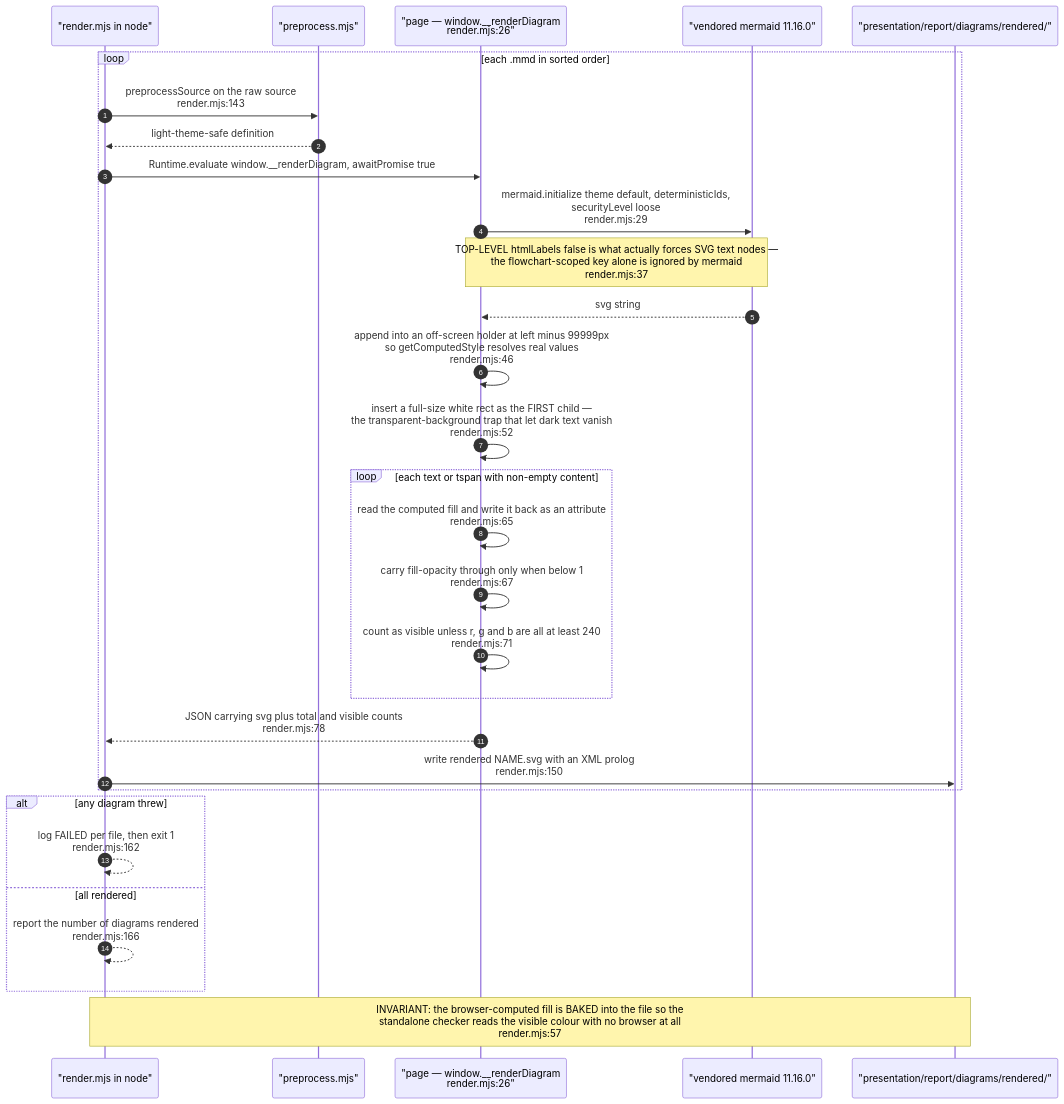
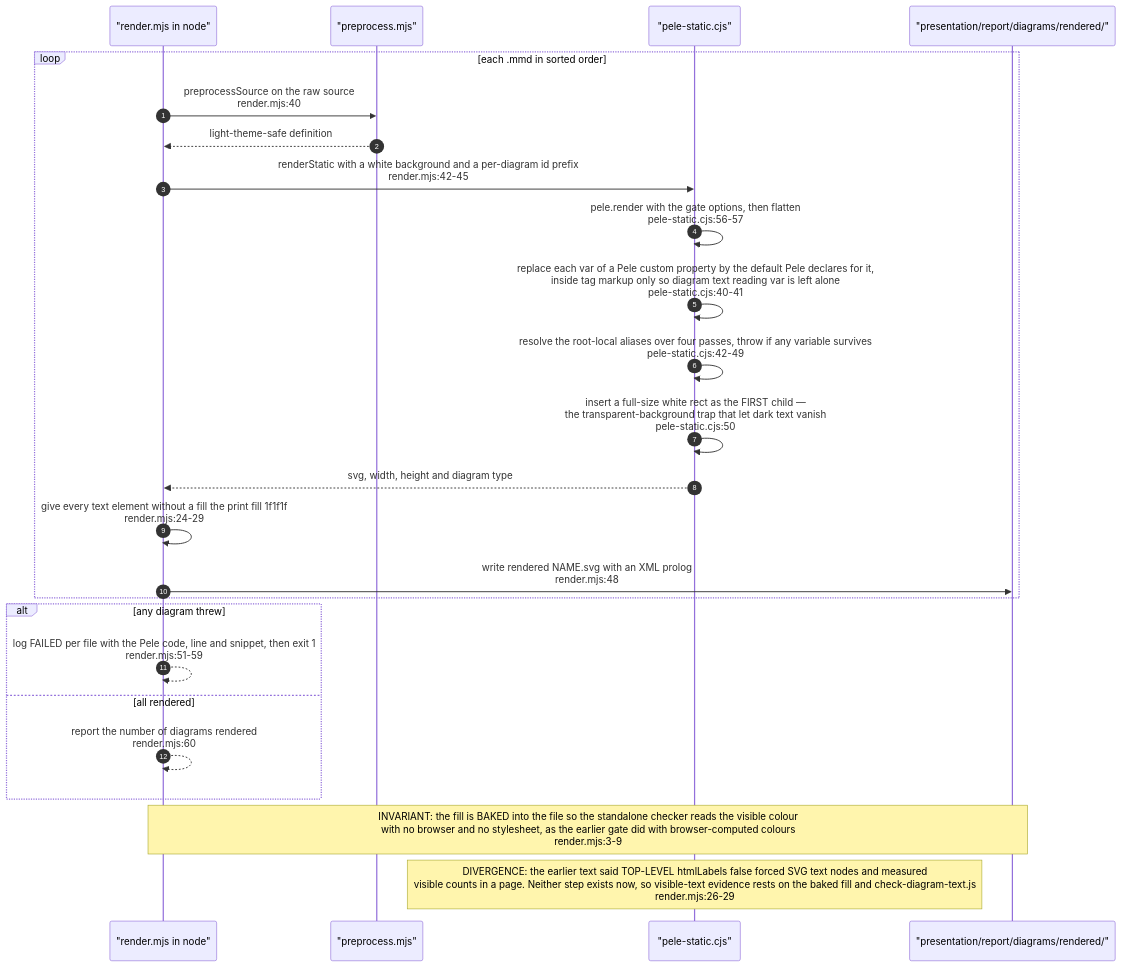
One commit to DreamLab-AI/VisionFlow changed the fourth of 15 diagrams in docs/diagrams/visionflow/06-diagram-tooling.md. Above: the diagram before and after it, drawn with Mermaid. The commit also changed other lines of this file and 160 other files, not shown here.

````diff
--- a/docs/diagrams/visionflow/06-diagram-tooling.md
+++ b/docs/diagrams/visionflow/06-diagram-tooling.md
@@ -156,35 +144,30 @@
 ```mermaid
 sequenceDiagram
     autonumber
     participant N as "render.mjs in node"
     participant P as "preprocess.mjs"
-    participant B as "page — window.__renderDiagram<br/>render.mjs:26"
-    participant M as "vendored mermaid 11.16.0"
+    participant S as "pele-static.cjs"
     participant FS as "presentation/report/diagrams/rendered/"
 
     loop each .mmd in sorted order
-        N->>P: preprocessSource on the raw source<br/>render.mjs:143
+        N->>P: preprocessSource on the raw source<br/>render.mjs:40
         P-->>N: light-theme-safe definition
-        N->>B: Runtime.evaluate window.__renderDiagram, awaitPromise true
-        B->>M: mermaid.initialize theme default, deterministicIds,<br/>securityLevel loose<br/>render.mjs:29
-        Note over B,M: TOP-LEVEL htmlLabels false is what actually forces SVG text nodes —<br/>the flowchart-scoped key alone is ignored by mermaid<br/>render.mjs:37
-        M-->>B: svg string
-        B->>B: append into an off-screen holder at left minus 99999px<br/>so getComputedStyle resolves real values<br/>render.mjs:46
-        B->>B: insert a full-size white rect as the FIRST child —<br/>the transparent-background trap that let dark text vanish<br/>render.mjs:52
-        loop each text or tspan with non-empty content
-            B->>B: read the computed fill and write it back as an attribute<br/>render.mjs:65
-            B->>B: carry fill-opacity through only when below 1<br/>render.mjs:67
-            B->>B: count as visible unless r, g and b are all at least 240<br/>render.mjs:71
-        end
-        B-->>N: JSON carrying svg plus total and visible counts<br/>render.mjs:78
-        N->>FS: write rendered NAME.svg with an XML prolog<br/>render.mjs:150
+        N->>S: renderStatic with a white background and a per-diagram id prefix<br/>render.mjs:42-45
+        S->>S: pele.render with the gate options, then flatten<br/>pele-static.cjs:56-57
+        S->>S: replace each var of a Pele custom property by the default Pele declares for it,<br/>inside tag markup only so diagram text reading var is left alone<br/>pele-static.cjs:40-41
+        S->>S: resolve the root-local aliases over four passes, throw if any variable survives<br/>pele-static.cjs:42-49
+        S->>S: insert a full-size white rect as the FIRST child —<br/>the transparent-background trap that let dark text vanish<br/>pele-static.cjs:50
+        S-->>N: svg, width, height and diagram type
+        N->>N: give every text element without a fill the print fill 1f1f1f<br/>render.mjs:24-29
+        N->>FS: write rendered NAME.svg with an XML prolog<br/>render.mjs:48
     end
 
     alt any diagram threw
-        N-->>N: log FAILED per file, then exit 1<br/>render.mjs:162
+        N-->>N: log FAILED per file with the Pele code, line and snippet, then exit 1<br/>render.mjs:51-59
     else all rendered
-        N-->>N: report the number of diagrams rendered<br/>render.mjs:166
+        N-->>N: report the number of diagrams rendered<br/>render.mjs:60
     end
 
-    Note over N,FS: INVARIANT: the browser-computed fill is BAKED into the file so the<br/>standalone checker reads the visible colour with no browser at all<br/>render.mjs:57
+    Note over N,FS: INVARIANT: the fill is BAKED into the file so the standalone checker reads the visible colour<br/>with no browser and no stylesheet, as the earlier gate did with browser-computed colours<br/>render.mjs:3-9
+    Note over S: DIVERGENCE: the earlier text said TOP-LEVEL htmlLabels false forced SVG text nodes and measured<br/>visible counts in a page. Neither step exists now, so visible-text evidence rests on the baked fill and check-diagram-text.js<br/>render.mjs:26-29
 ```
````
